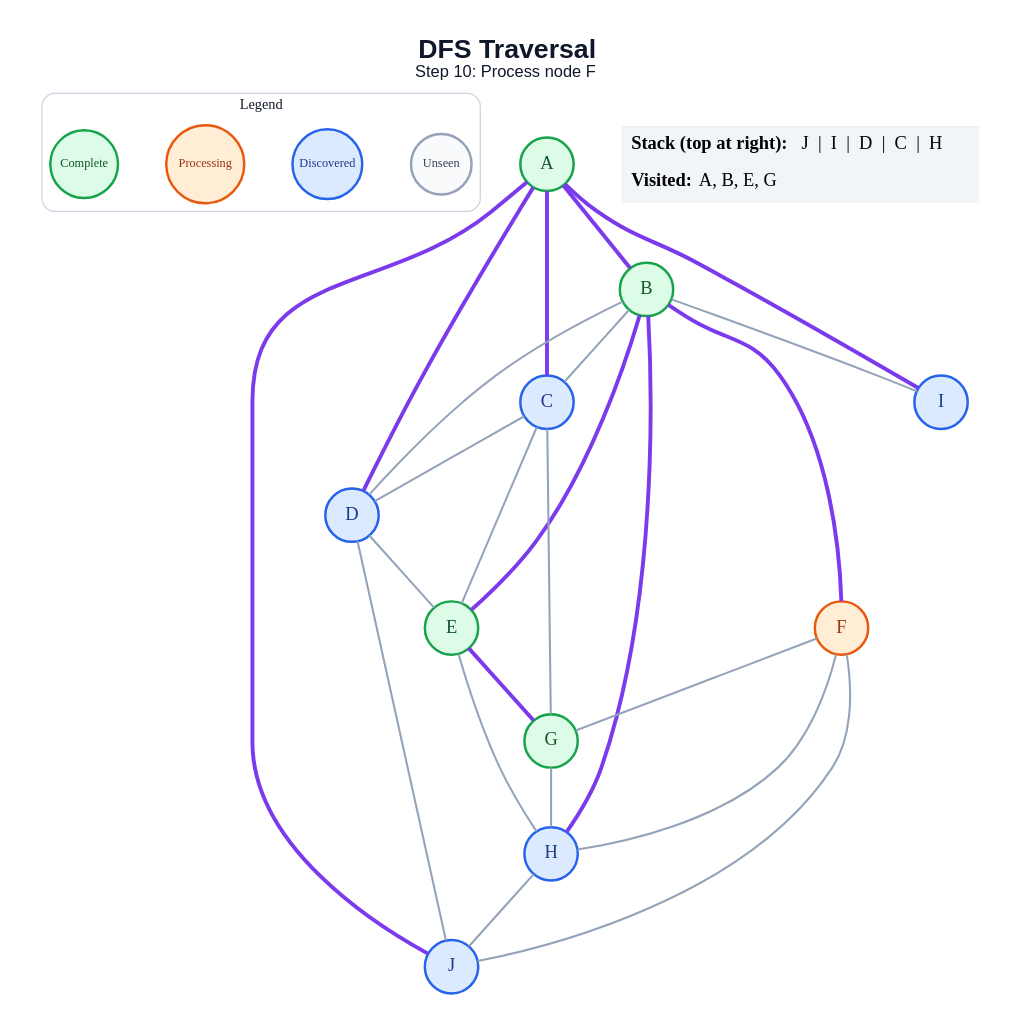
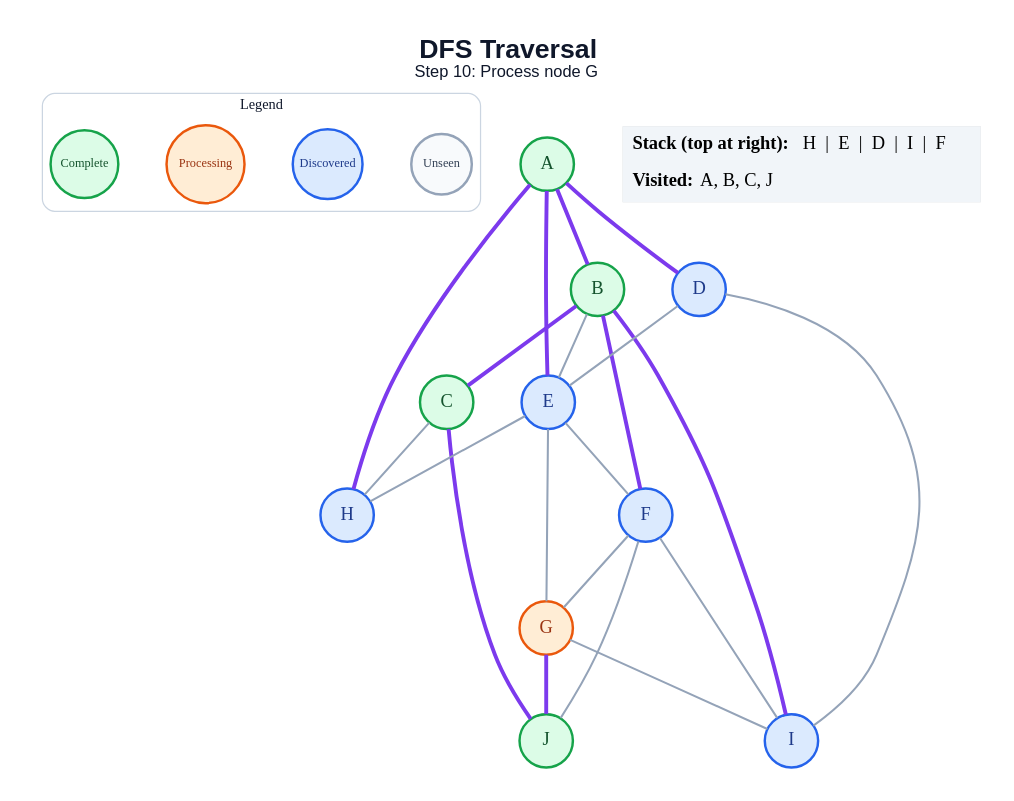
Before and after one commit to amanghodawala9/ai-slop: the diagram in generated/dfs/step_10.dot, drawn with Graphviz. The commit also changed 178 other files, not shown here.

```diff
--- a/generated/dfs/step_10.dot
+++ b/generated/dfs/step_10.dot
@@ -1,52 +1,49 @@
 graph traversal {
   graph [layout=dot, rankdir=TB, bgcolor="#FFFFFF", pad="0.35", nodesep="0.65", ranksep="0.8", fontname="Arial"];
   node [shape=circle, style="filled", fontname="Arial Bold", fontsize=18, width=0.72, fixedsize=true, penwidth=2.4];
   edge [color="#94A3B8", penwidth=2.0];
-  label=<<B>DFS Traversal</B><BR/><FONT POINT-SIZE="16">Step 10: Process node F</FONT>>; labelloc="t"; fontsize=26; fontname="Arial"; fontcolor="#0F172A";
+  label=<<B>DFS Traversal</B><BR/><FONT POINT-SIZE="16">Step 10: Process node G</FONT>>; labelloc="t"; fontsize=26; fontname="Arial"; fontcolor="#0F172A";
   subgraph cluster_legend { label="Legend"; color="#CBD5E1"; penwidth=1.2; style="rounded"; fontsize=14; fontname="Arial Bold";
     key_unseen [label="Unseen", fillcolor="#F8FAFC", color="#94A3B8", fontcolor="#334155", fontsize=12, width=0.82];
     key_frontier [label="Discovered", fillcolor="#DBEAFE", color="#2563EB", fontcolor="#1E3A8A", fontsize=12, width=0.95];
     key_current [label="Processing", fillcolor="#FFEDD5", color="#EA580C", fontcolor="#9A3412", fontsize=12, width=1.05];
     key_done [label="Complete", fillcolor="#DCFCE7", color="#16A34A", fontcolor="#14532D", fontsize=12, width=0.92];
     { rank=same; key_unseen; key_frontier; key_current; key_done; }
   }
   A [fillcolor="#DCFCE7", color="#16A34A", fontcolor="#14532D"];
   B [fillcolor="#DCFCE7", color="#16A34A", fontcolor="#14532D"];
-  C [fillcolor="#DBEAFE", color="#2563EB", fontcolor="#1E3A8A"];
+  C [fillcolor="#DCFCE7", color="#16A34A", fontcolor="#14532D"];
   D [fillcolor="#DBEAFE", color="#2563EB", fontcolor="#1E3A8A"];
-  E [fillcolor="#DCFCE7", color="#16A34A", fontcolor="#14532D"];
-  F [fillcolor="#FFEDD5", color="#EA580C", fontcolor="#9A3412"];
-  G [fillcolor="#DCFCE7", color="#16A34A", fontcolor="#14532D"];
+  E [fillcolor="#DBEAFE", color="#2563EB", fontcolor="#1E3A8A"];
+  F [fillcolor="#DBEAFE", color="#2563EB", fontcolor="#1E3A8A"];
+  G [fillcolor="#FFEDD5", color="#EA580C", fontcolor="#9A3412"];
   H [fillcolor="#DBEAFE", color="#2563EB", fontcolor="#1E3A8A"];
   I [fillcolor="#DBEAFE", color="#2563EB", fontcolor="#1E3A8A"];
-  J [fillcolor="#DBEAFE", color="#2563EB", fontcolor="#1E3A8A"];
+  J [fillcolor="#DCFCE7", color="#16A34A", fontcolor="#14532D"];
   A -- B [color="#7C3AED", penwidth=3.8];
-  A -- C [color="#7C3AED", penwidth=3.8];
   A -- D [color="#7C3AED", penwidth=3.8];
-  A -- I [color="#7C3AED", penwidth=3.8];
-  A -- J [color="#7C3AED", penwidth=3.8];
-  B -- C;
-  B -- D;
-  B -- E [color="#7C3AED", penwidth=3.8];
+  A -- E [color="#7C3AED", penwidth=3.8];
+  A -- H [color="#7C3AED", penwidth=3.8];
+  B -- C [color="#7C3AED", penwidth=3.8];
+  B -- E;
   B -- F [color="#7C3AED", penwidth=3.8];
-  B -- H [color="#7C3AED", penwidth=3.8];
-  B -- I;
-  C -- D;
-  C -- E;
-  C -- G;
+  B -- I [color="#7C3AED", penwidth=3.8];
+  C -- H;
+  C -- J [color="#7C3AED", penwidth=3.8];
   D -- E;
-  D -- J;
-  E -- G [color="#7C3AED", penwidth=3.8];
+  D -- I;
+  E -- F;
+  E -- G;
   E -- H;
   F -- G;
-  F -- H;
+  F -- I;
   F -- J;
-  G -- H;
-  H -- J;
+  G -- I;
+  G -- J [color="#7C3AED", penwidth=3.8];
   status [shape=plain, fixedsize=false, width=0, height=0, margin=0, label=<
     <TABLE BORDER="0" CELLBORDER="0" CELLPADDING="7" BGCOLOR="#F1F5F9">
-      <TR><TD ALIGN="LEFT"><B>Stack (top at right):</B> J  |  I  |  D  |  C  |  H</TD></TR>
-      <TR><TD ALIGN="LEFT"><B>Visited:</B> A, B, E, G</TD></TR>
+      <TR><TD ALIGN="LEFT"><B>Stack (top at right):</B> H  |  E  |  D  |  I  |  F</TD></TR>
+      <TR><TD ALIGN="LEFT"><B>Visited:</B> A, B, C, J</TD></TR>
     </TABLE>
   >];
 }
```
